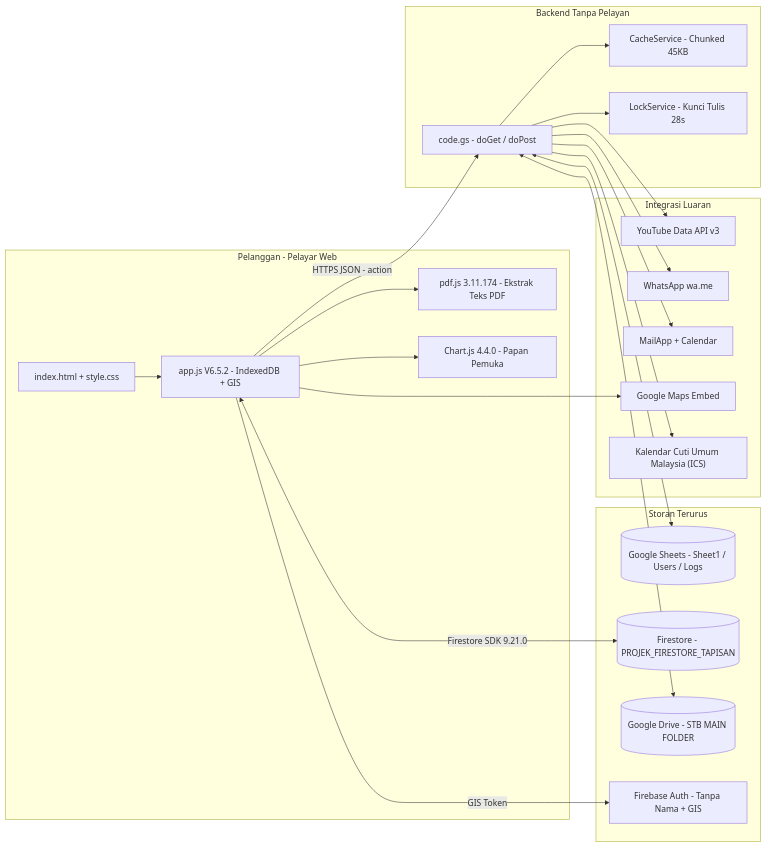
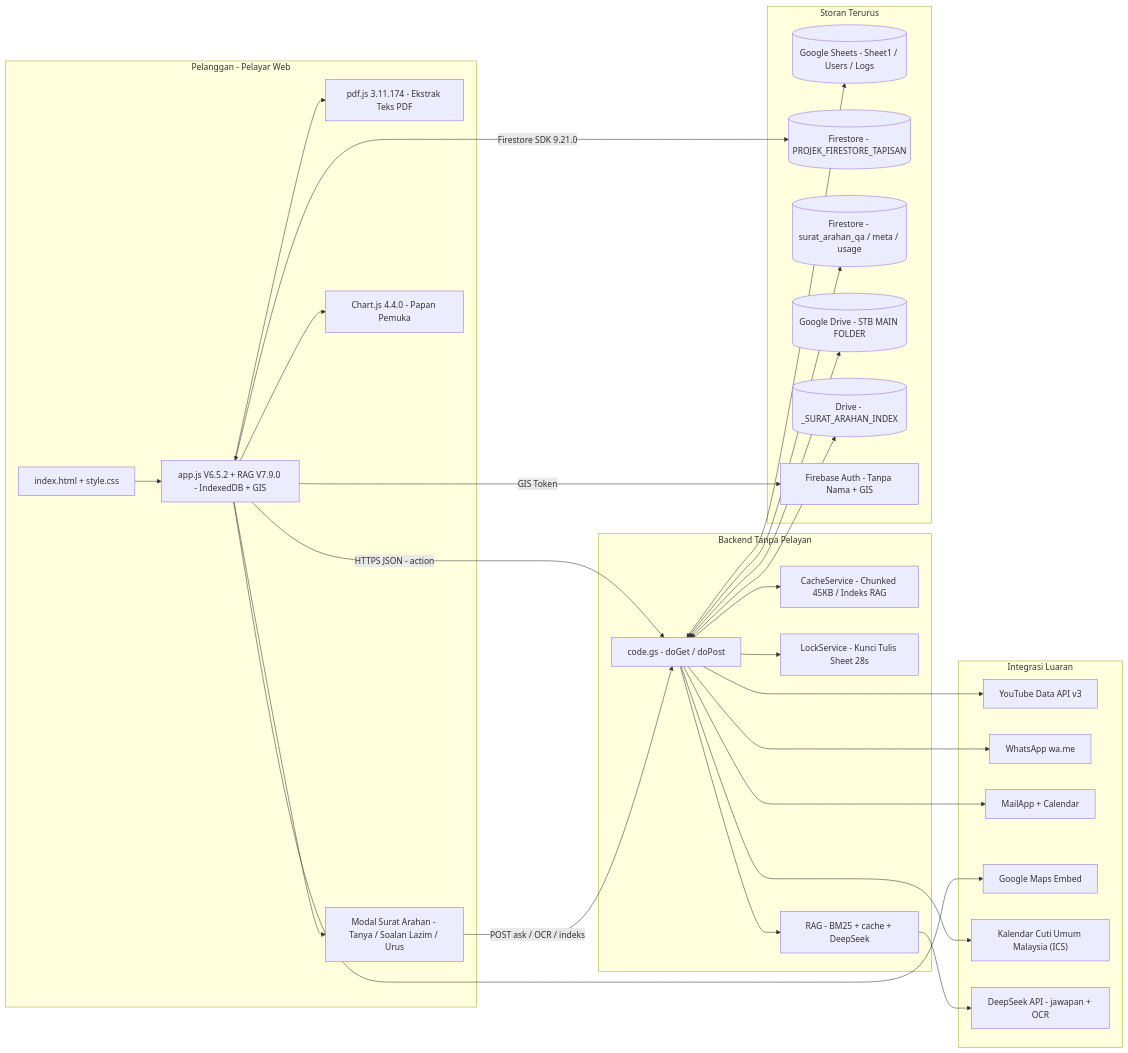
The first of 5 diagrams in structure.md (SPTB-PKK-HQ/Integrated-System-V1), drawn with Mermaid before and after one commit. The commit also changed other lines of this file and 5 other files, not shown here.

Commit message:
Tambah Tanya AI Surat Arahan, pilihan Badan Berkanun & gabung ayat emel syarikat

````diff
--- a/structure.md
+++ b/structure.md
@@ -72,42 +72,53 @@
 ```mermaid
 flowchart LR
     subgraph KLIEN["Pelanggan - Pelayar Web"]
         UI["index.html + style.css"]
-        APP["app.js V6.5.2 - IndexedDB + GIS"]
+        APP["app.js V6.5.2 + RAG V7.9.0 - IndexedDB + GIS"]
         PDF["pdf.js 3.11.174 - Ekstrak Teks PDF"]
+        RAGUI["Modal Surat Arahan - Tanya / Soalan Lazim / Urus"]
         CHART["Chart.js 4.4.0 - Papan Pemuka"]
     end
     subgraph PINTU["Backend Tanpa Pelayan"]
         GAS["code.gs - doGet / doPost"]
-        CACHE["CacheService - Chunked 45KB"]
-        LOCK["LockService - Kunci Tulis 28s"]
+        CACHE["CacheService - Chunked 45KB / Indeks RAG"]
+        LOCK["LockService - Kunci Tulis Sheet 28s"]
+        BM25["RAG - BM25 + cache + DeepSeek"]
     end
     subgraph DATA["Storan Terurus"]
         SHEET[("Google Sheets - Sheet1 / Users / Logs")]
         FIRE[("Firestore - PROJEK_FIRESTORE_TAPISAN")]
+        FIRERAG[("Firestore - surat_arahan_qa / meta / usage")]
         DRIVE[("Google Drive - STB MAIN FOLDER")]
+        INDEX[("Drive - _SURAT_ARAHAN_INDEX")]
         AUTH["Firebase Auth - Tanpa Nama + GIS"]
     end
     subgraph LUAR["Integrasi Luaran"]
         YT["YouTube Data API v3"]
         WA["WhatsApp wa.me"]
         MAIL["MailApp + Calendar"]
         MAPS["Google Maps Embed"]
         HOL["Kalendar Cuti Umum Malaysia (ICS)"]
+        DS["DeepSeek API - jawapan + OCR"]
     end
     UI --> APP
     APP -->|"HTTPS JSON - action"| GAS
     APP <-->|"Firestore SDK 9.21.0"| FIRE
     APP -->|"GIS Token"| AUTH
+    APP --> PDF
+    APP --> RAGUI
+    RAGUI -->|"POST ask / OCR / indeks"| GAS
     GAS --> CACHE
     GAS --> LOCK
+    GAS --> BM25
     GAS <--> SHEET
     GAS <--> DRIVE
+    GAS <--> FIRERAG
+    GAS <--> INDEX
+    BM25 --> DS
     GAS --> YT
     GAS --> MAIL
     GAS --> HOL
-    APP --> PDF
     APP --> CHART
     APP --> MAPS
     GAS --> WA
 ```
````
